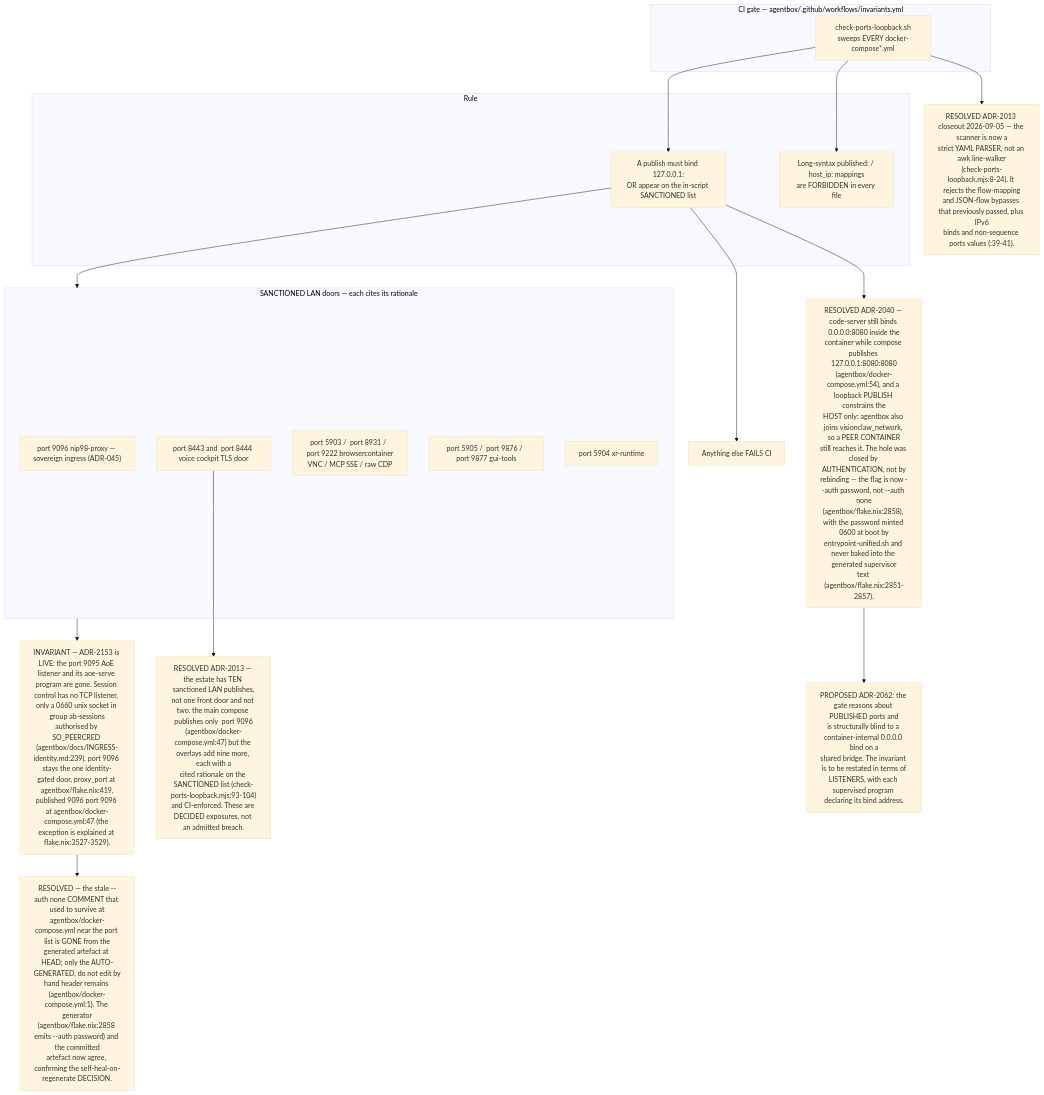
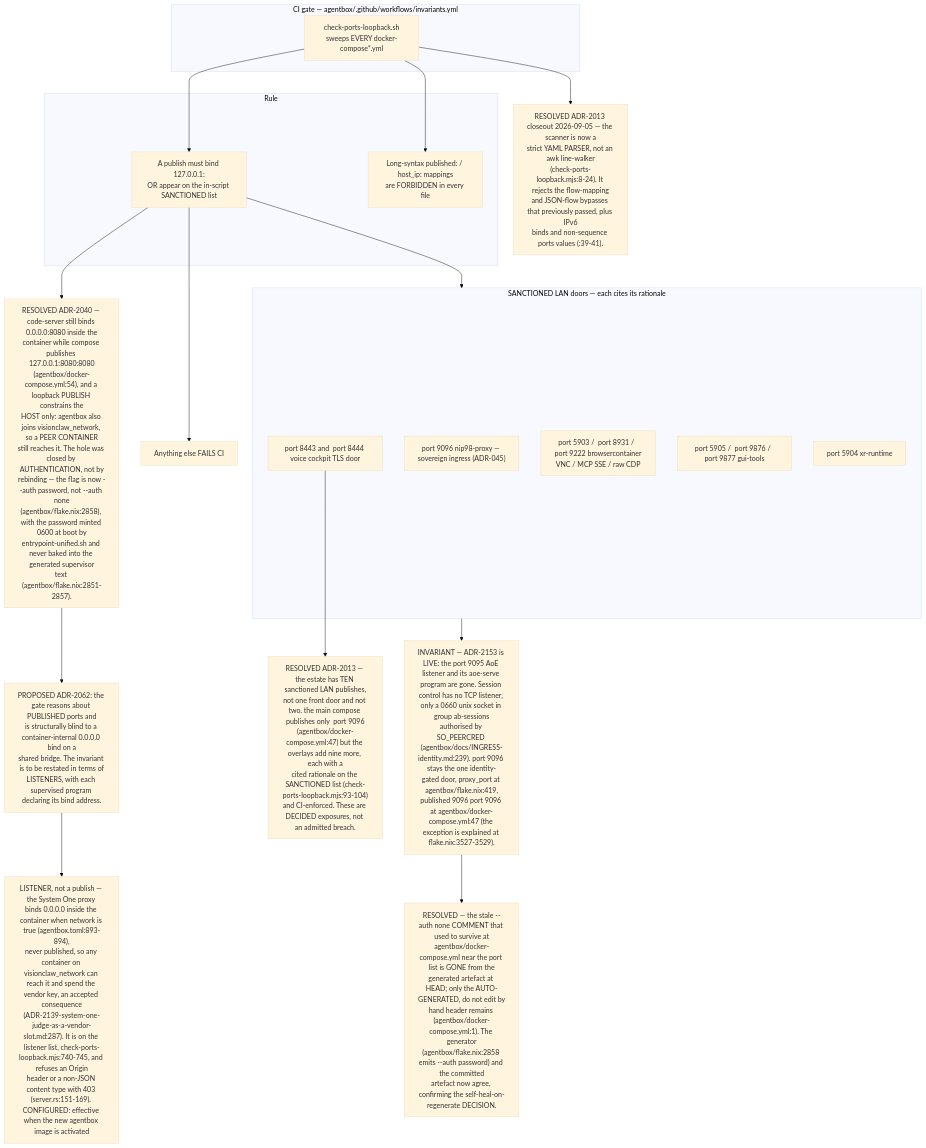
Before and after one commit to DreamLab-AI/VisionFlow: the eighth of 11 diagrams in docs/diagrams/estate/10-deployment-and-security-profiles.md, drawn with Mermaid (base theme). The commit also changed other lines of this file and 142 other files, not shown here.

First line of the commit message:
docs(diagrams): one System One route; re-verify 140 topics at today's heads

````diff
--- a/docs/diagrams/estate/10-deployment-and-security-profiles.md
+++ b/docs/diagrams/estate/10-deployment-and-security-profiles.md
@@ -323,35 +325,38 @@
 ```mermaid
 flowchart TB
     subgraph ci["CI gate — agentbox/.github/workflows/invariants.yml"]
         SC["check-ports-loopback.sh<br/>sweeps EVERY docker-compose*.yml"]
     end
     subgraph rule["Rule"]
         R1["A publish must bind 127.0.0.1:<br/>OR appear on the in-script SANCTIONED list"]
         R2["Long-syntax published: / host_ip: mappings<br/>are FORBIDDEN in every file"]
     end
     subgraph sanctioned["SANCTIONED LAN doors — each cites its rationale"]
         P1[" port 9096 nip98-proxy — sovereign ingress (ADR-045)"]
         P2[" port 8443 and  port 8444 voice cockpit TLS door"]
         P3[" port 5903 /  port 8931 /  port 9222 browsercontainer<br/>VNC / MCP SSE / raw CDP"]
         P4[" port 5905 /  port 9876 /  port 9877 gui-tools"]
         P5[" port 5904 xr-runtime"]
     end
     FAIL["Anything else FAILS CI"]
     INV["INVARIANT — ADR-2153 is LIVE: the port 9095 AoE listener and its aoe-serve program are gone. Session control has no TCP listener, only a 0660 unix socket in group ab-sessions<br/>authorised by SO_PEERCRED (agentbox/docs/INGRESS-identity.md:239). port 9096 stays the one identity-gated door, proxy_port at agentbox/flake.nix:419,<br/>published 9096 port 9096 at agentbox/docker-compose.yml:47 (the exception is explained at flake.nix:3527-3529)."]
     D1["RESOLVED ADR-2013 — the estate has TEN sanctioned LAN publishes,<br/>not one front door and not two. the main compose publishes only  port 9096<br/>(agentbox/docker-compose.yml:47) but the overlays add nine more, each with a<br/>cited rationale on the SANCTIONED list (check-ports-loopback.mjs:93-104)<br/>and CI-enforced. These are DECIDED exposures, not an admitted breach."]
     D2["RESOLVED ADR-2013 closeout 2026-09-05 — the scanner is now a<br/>strict YAML PARSER, not an awk line-walker<br/>(check-ports-loopback.mjs:8-24). It rejects the flow-mapping<br/>and JSON-flow bypasses that previously passed, plus IPv6<br/>binds and non-sequence ports values (:39-41)."]
     D3["RESOLVED ADR-2040 — code-server still binds 0.0.0.0:8080 inside the<br/>container while compose publishes 127.0.0.1:8080:8080<br/>(agentbox/docker-compose.yml:54), and a loopback PUBLISH constrains the<br/>HOST only: agentbox also joins visionclaw_network, so a PEER CONTAINER<br/>still reaches it. The hole was closed by AUTHENTICATION, not by<br/>rebinding — the flag is now --auth password, not --auth none<br/>(agentbox/flake.nix:2858), with the password minted 0600 at boot by<br/>entrypoint-unified.sh and never baked into the generated supervisor<br/>text (agentbox/flake.nix:2851-2857)."]
     D5["PROPOSED ADR-2062: the gate reasons about PUBLISHED ports and<br/>is structurally blind to a container-internal 0.0.0.0 bind on a<br/>shared bridge. The invariant is to be restated in terms of<br/>LISTENERS, with each supervised program declaring its bind address."]
     D4["RESOLVED — the stale --auth none COMMENT that used to survive at<br/>agentbox/docker-compose.yml near the port list is GONE from the<br/>generated artefact at HEAD; only the AUTO-GENERATED, do not edit by<br/>hand header remains (agentbox/docker-compose.yml:1). The generator<br/>(agentbox/flake.nix:2858 emits --auth password) and the committed<br/>artefact now agree, confirming the self-heal-on-regenerate DECISION."]
 
+    D6["LISTENER, not a publish — the System One proxy binds 0.0.0.0 inside the container when network is true (agentbox.toml:893-894),<br/>never published, so any container on visionclaw_network can reach it and spend the vendor key, an accepted consequence<br/>(ADR-2139-system-one-judge-as-a-vendor-slot.md:287). It is on the listener list, check-ports-loopback.mjs:740-745, and refuses an Origin<br/>header or a non-JSON content type with 403 (server.rs:151-169). CONFIGURED: effective when the new agentbox image is activated"]
+
     SC --> R1
     SC --> R2
     R1 --> sanctioned
     R1 --> FAIL
     sanctioned --> INV
     P2 --> D1
     SC --> D2
     R1 --> D3
     INV --> D4
     D3 --> D5
+    D5 --> D6
 ```
````
